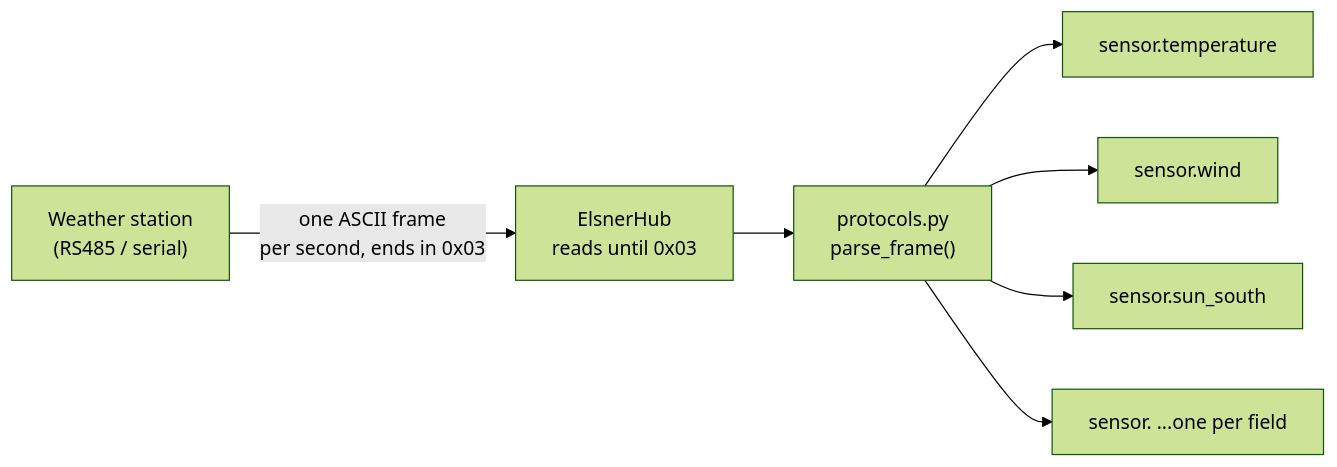
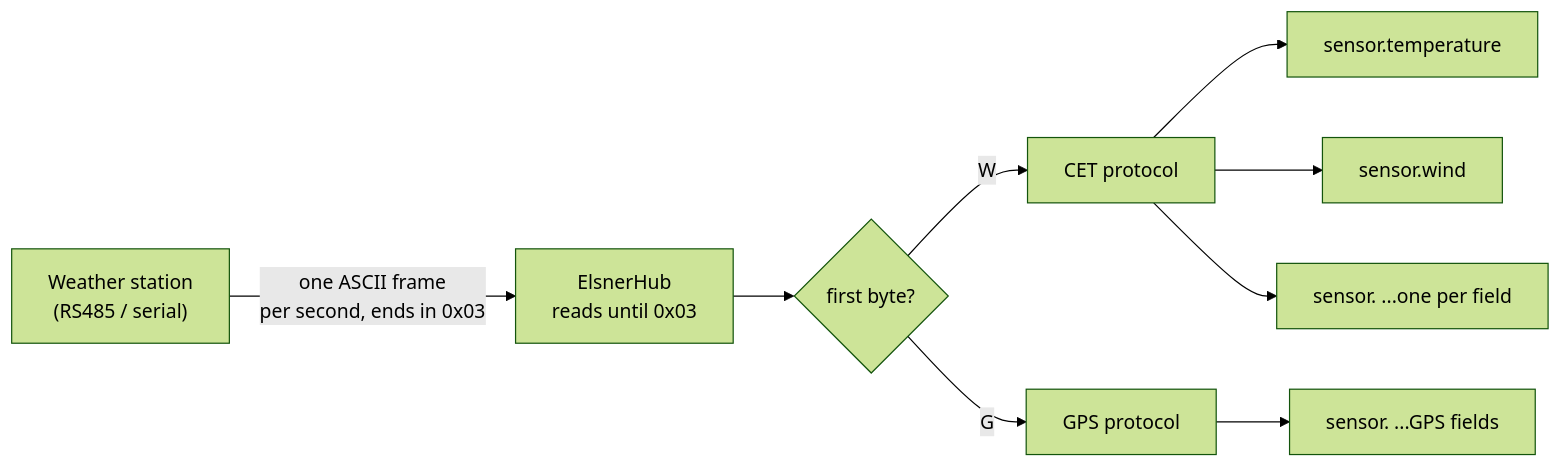
Before and after one commit to v12345vtm/Elsner-Meteo_peha: the diagram in README.md, drawn with Mermaid (forest theme). The commit also changed other lines of this file, not shown here.

````diff
--- a/README.md
+++ b/README.md
@@ -29,9 +48,11 @@
 ```mermaid
 flowchart LR
     A["Weather station<br/>(RS485 / serial)"] -->|"one ASCII frame<br/>per second, ends in 0x03"| B["ElsnerHub<br/>reads until 0x03"]
-    B --> C["protocols.py<br/>parse_frame()"]
-    C --> D1["sensor.temperature"]
-    C --> D2["sensor.wind"]
-    C --> D3["sensor.sun_south"]
-    C --> D4["sensor. ...one per field"]
+    B --> E{"first byte?"}
+    E -->|"W"| C1["CET protocol"]
+    E -->|"G"| C2["GPS protocol"]
+    C1 --> D1["sensor.temperature"]
+    C1 --> D2["sensor.wind"]
+    C1 --> D3["sensor. ...one per field"]
+    C2 --> D4["sensor. ...GPS fields"]
 ```
````
